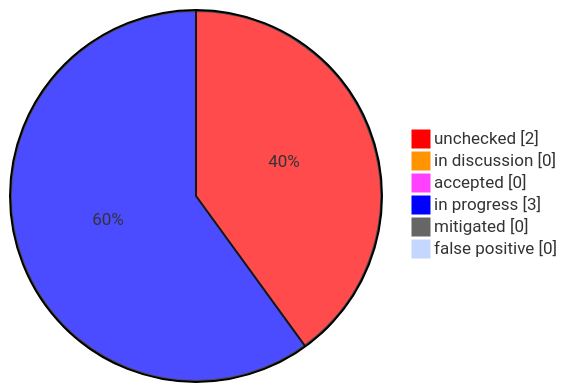
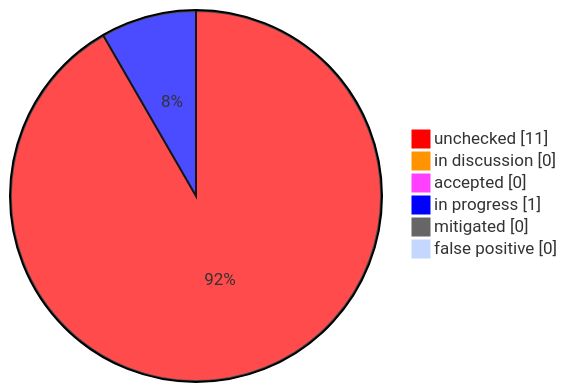
The second of 2 diagrams in threagile/output/pasta/adocReport/010_ManagementSummary.adoc (Luv1881/Threat-model), drawn with Mermaid before and after one commit. The commit also changed other lines of this file and 312 other files, not shown here.

```diff
--- a/threagile/output/pasta/adocReport/010_ManagementSummary.adoc
+++ b/threagile/output/pasta/adocReport/010_ManagementSummary.adoc
@@ -35,11 +35,11 @@
 [mermaid]
 ....
 %%{init: {'pie' : {'textPosition' : 0.5}, 'theme': 'base', 'themeVariables': { 'pie1': '#FF0000', 'pie2': '#FF9300', 'pie3': '#FF40FF', 'pie4': '#0000FF', 'pie5': '#008F00', 'pie5': '#666666'}}}%%
 pie showData
-  "unchecked" : 2
+  "unchecked" : 11
   "in discussion" : 0
   "accepted" : 0
-  "in progress" : 3
+  "in progress" : 1
   "mitigated" : 0
   "false positive" : 0
 ....
```
